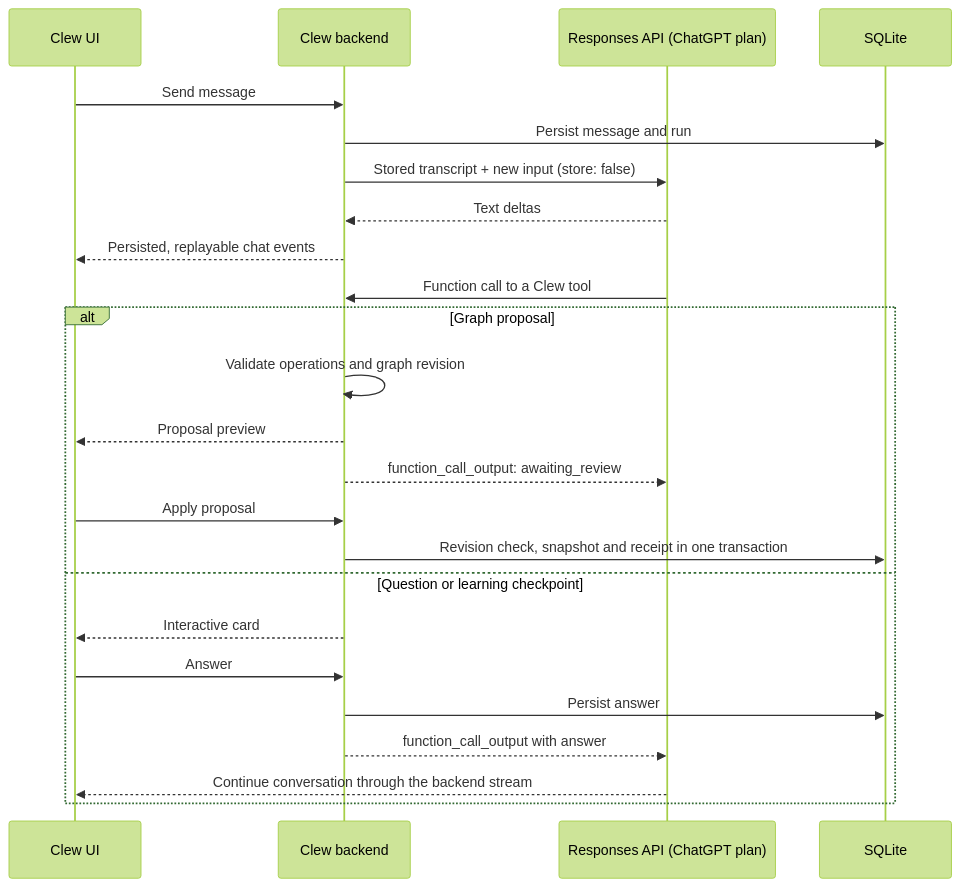
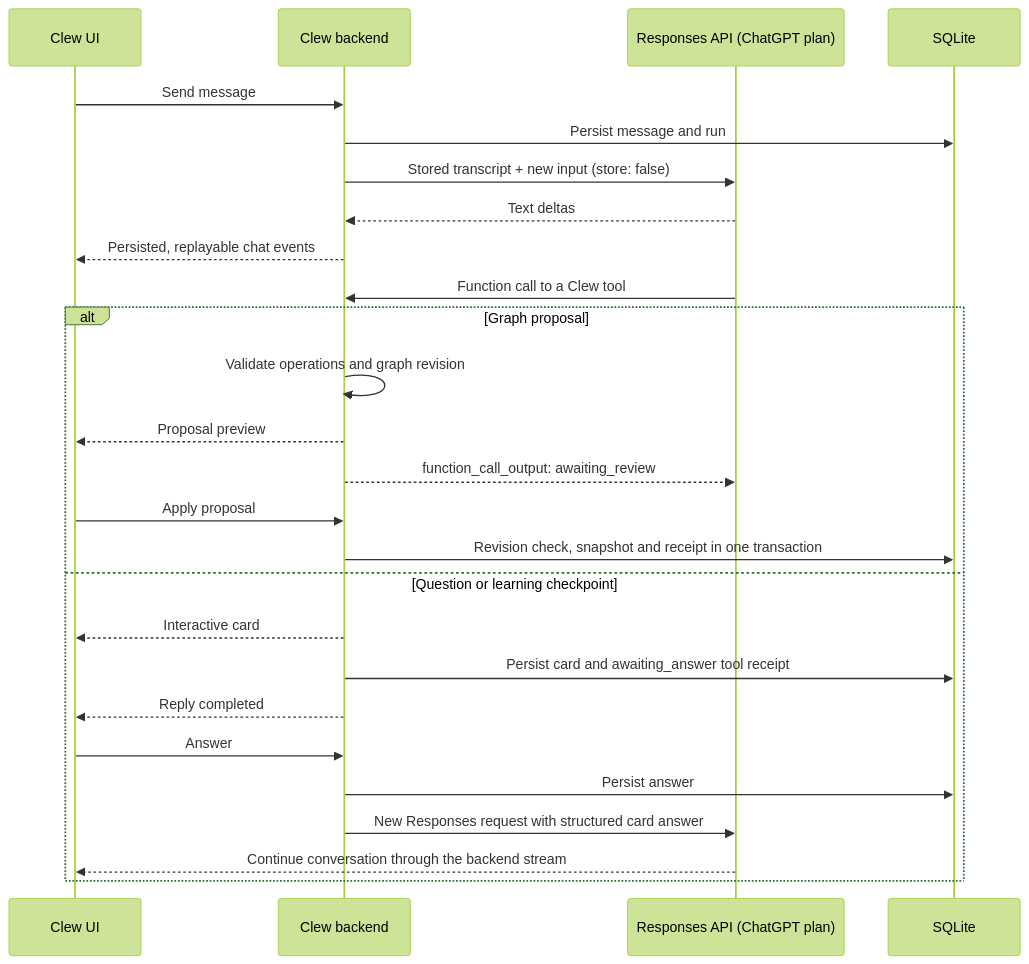
Before and after one commit to miuuyy/Clew: the diagram in docs/ARCHITECTURE.md, drawn with Mermaid (forest theme). The commit also changed other lines of this file and 21 other files, not shown here.

````diff
--- a/docs/ARCHITECTURE.md
+++ b/docs/ARCHITECTURE.md
@@ -15,26 +15,28 @@
 ```mermaid
 sequenceDiagram
     participant UI as Clew UI
     participant API as Clew backend
     participant C as Responses API (ChatGPT plan)
     participant DB as SQLite
     UI->>API: Send message
     API->>DB: Persist message and run
     API->>C: Stored transcript + new input (store: false)
     C-->>API: Text deltas
     API-->>UI: Persisted, replayable chat events
     C->>API: Function call to a Clew tool
     alt Graph proposal
         API->>API: Validate operations and graph revision
         API-->>UI: Proposal preview
         API-->>C: function_call_output: awaiting_review
         UI->>API: Apply proposal
         API->>DB: Revision check, snapshot and receipt in one transaction
     else Question or learning checkpoint
         API-->>UI: Interactive card
+        API->>DB: Persist card and awaiting_answer tool receipt
+        API-->>UI: Reply completed
         UI->>API: Answer
         API->>DB: Persist answer
-        API-->>C: function_call_output with answer
+        API->>C: New Responses request with structured card answer
         C-->>UI: Continue conversation through the backend stream
     end
 ```
````
